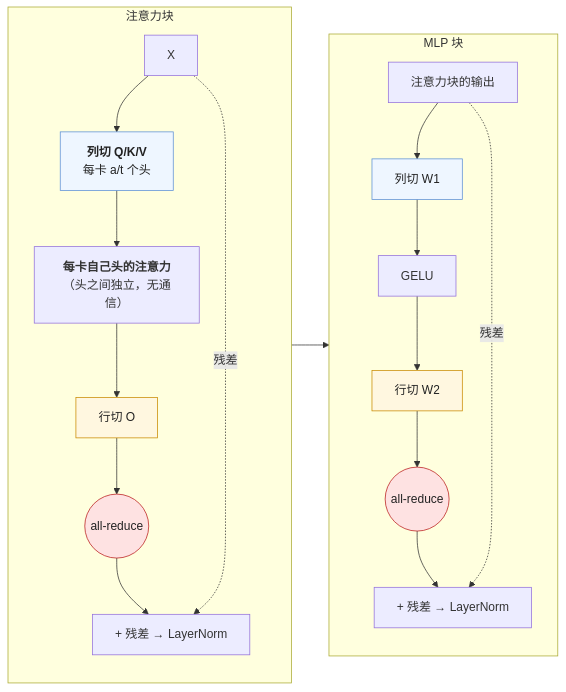
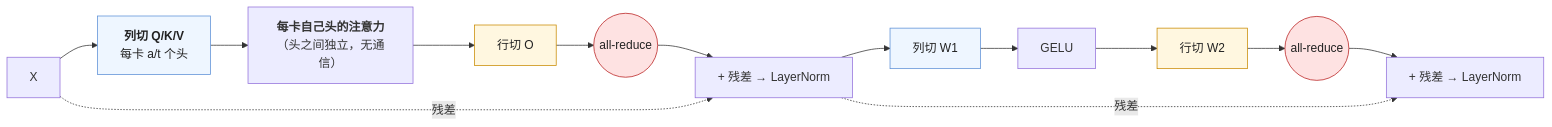
The first of 2 diagrams in _posts/2026-07-17-parallelism-strategies-which-state-to-shard.md (arganzheng/arganzheng.github.com), drawn with Mermaid before and after one commit. The commit also changed 47 other files, not shown here.

First line of the commit message:
配图回退：保留清单外的图改回原样，只留内容错误的修正

````diff
--- a/_posts/2026-07-17-parallelism-strategies-which-state-to-shard.md
+++ b/_posts/2026-07-17-parallelism-strategies-which-state-to-shard.md
@@ -368,22 +368,15 @@
 ```mermaid
 %%{init: {"flowchart": {"wrappingWidth": 160}}}%%
 %% 图：列切与行切的配对：Q/K/V 与 W1 列切，O 与 W2 行切，一个 Transformer 层只在两处 all-reduce
 flowchart LR
-    subgraph A["注意力块"]
-        direction TB
-        X1["X"] --> QKV["<b>列切 Q/K/V</b><br/>每卡 a/t 个头"] --> ATT["<b>每卡自己头的注意力</b><br/>（头之间独立，无通信）"] --> O["行切 O"] --> AR1(("all-reduce")) --> R1["+ 残差 → LayerNorm"]
-        X1 -.残差.-> R1
-    end
-    subgraph M["MLP 块"]
-        direction TB
-        X2["注意力块的输出"] --> W1["列切 W1"] --> GELU --> W2["行切 W2"] --> AR2(("all-reduce")) --> R2["+ 残差 → LayerNorm"]
-        X2 -.残差.-> R2
-    end
-    A --> M
+    X1[X] --> QKV["<b>列切 Q/K/V</b><br/>每卡 a/t 个头"] --> ATT["<b>每卡自己头的注意力</b><br/>（头之间独立，无通信）"] --> O["行切 O"] --> AR1(("all-reduce")) --> R1["+ 残差 → LayerNorm"]
+    X1 -.残差.-> R1
+    R1 --> W1["列切 W1"] --> GELU --> W2["行切 W2"] --> AR2(("all-reduce")) --> R2["+ 残差 → LayerNorm"]
+    R1 -.残差.-> R2
     classDef col fill:#eef6ff,stroke:#5b8fd6,color:#222
     classDef row fill:#fff7e0,stroke:#c98a00,color:#222
     classDef ar fill:#fee2e2,stroke:#b91c1c,color:#222
     class QKV,W1 col
     class O,W2 row
     class AR1,AR2 ar
 ```
````
